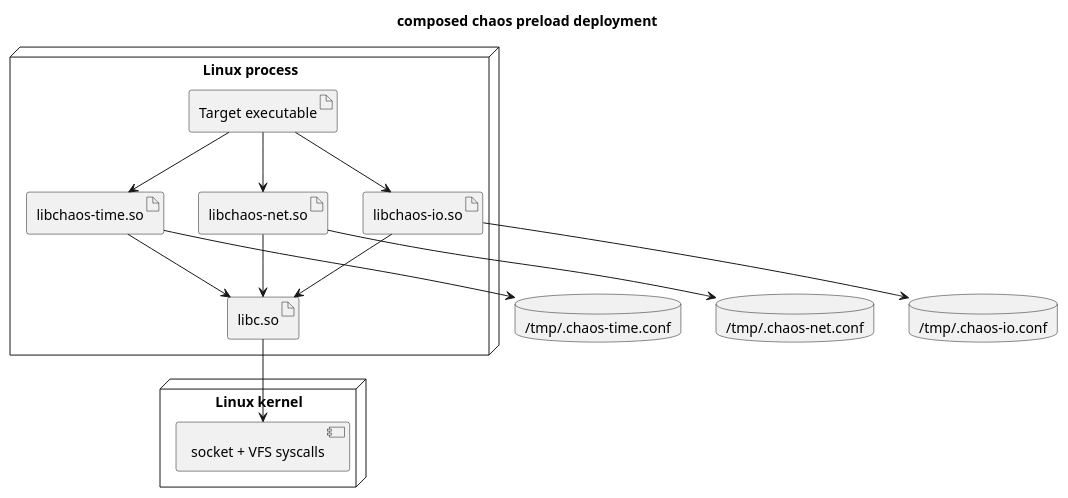
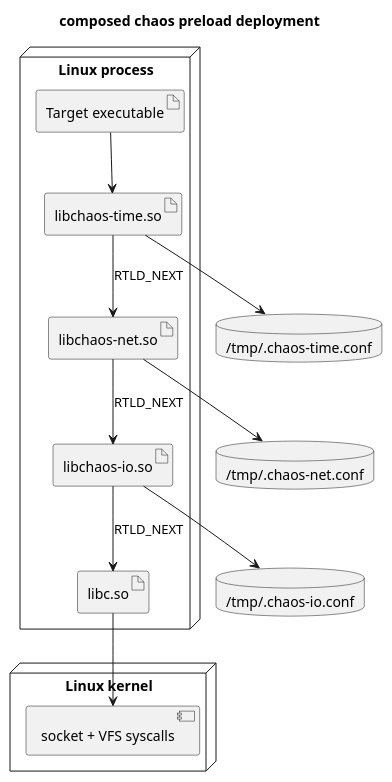
Before and after one commit to macstab/macstab-chaos-testing-libraries: the third of 3 diagrams in docs/NETWORK.md, drawn with PlantUML. The commit also changed other lines of this file and 7 other files, not shown here.

````diff
--- a/docs/NETWORK.md
+++ b/docs/NETWORK.md
@@ -464,31 +371,29 @@
 ```plantuml
 @startuml
 title composed chaos preload deployment
 
 node "Linux process" {
   artifact "Target executable"
   artifact "libchaos-time.so"
   artifact "libchaos-net.so"
   artifact "libchaos-io.so"
   artifact "libc.so"
 }
 
 database "/tmp/.chaos-time.conf"
 database "/tmp/.chaos-net.conf"
 database "/tmp/.chaos-io.conf"
 node "Linux kernel" {
   component "socket + VFS syscalls"
 }
 
 "Target executable" --> "libchaos-time.so"
-"Target executable" --> "libchaos-net.so"
-"Target executable" --> "libchaos-io.so"
-"libchaos-time.so" --> "libc.so"
-"libchaos-net.so" --> "libc.so"
-"libchaos-io.so" --> "libc.so"
+"libchaos-time.so" --> "libchaos-net.so" : RTLD_NEXT
+"libchaos-net.so" --> "libchaos-io.so" : RTLD_NEXT
+"libchaos-io.so" --> "libc.so" : RTLD_NEXT
 "libchaos-time.so" --> "/tmp/.chaos-time.conf"
 "libchaos-net.so" --> "/tmp/.chaos-net.conf"
 "libchaos-io.so" --> "/tmp/.chaos-io.conf"
 "libc.so" --> "socket + VFS syscalls"
 @enduml
 ```
````
